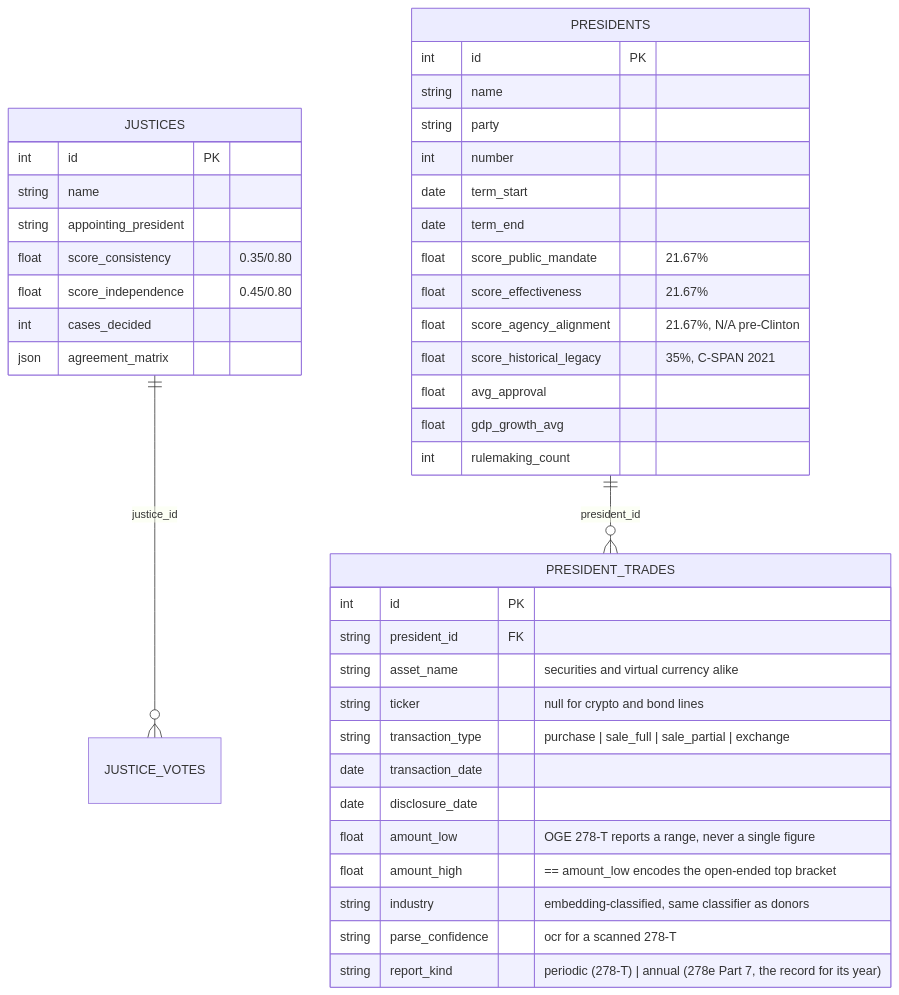
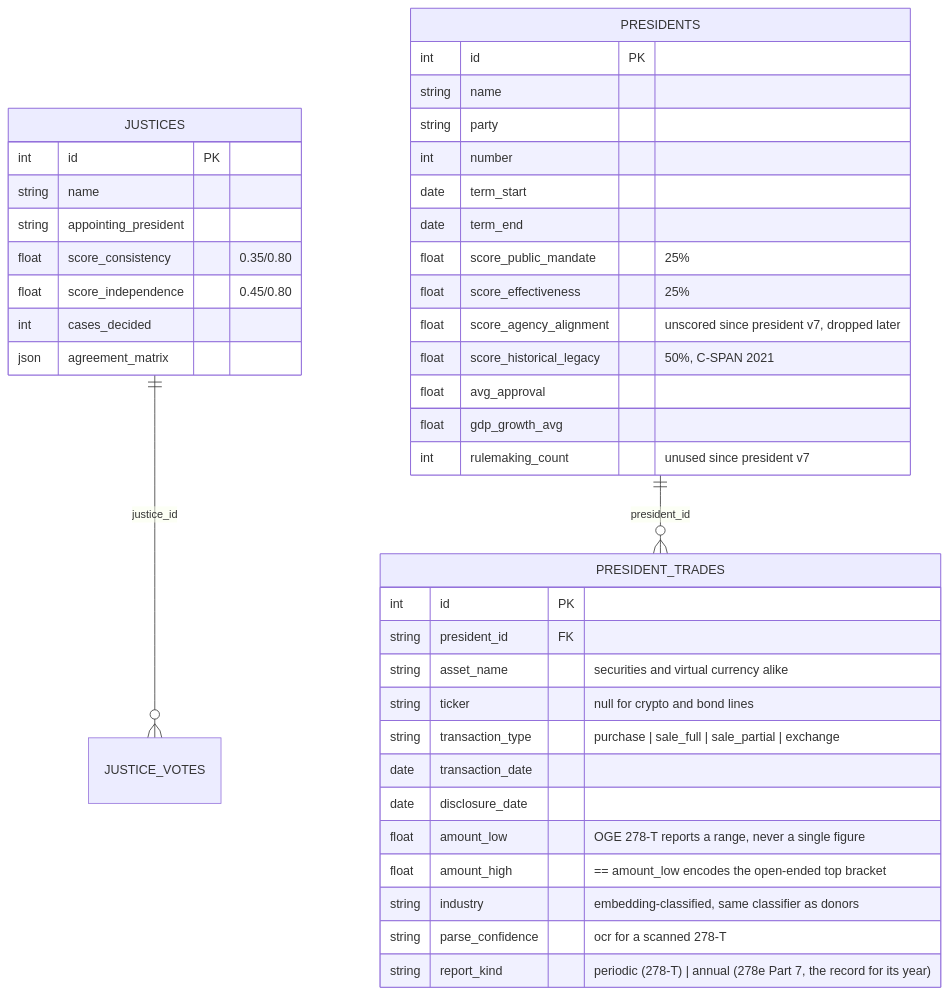
The second of 6 diagrams in docs/diagrams/07-data-model.md (kamoras/civitas), drawn with Mermaid before and after one commit. The commit also changed other lines of this file and 35 other files, not shown here.

First line of the commit message:
President v7: Historical Legacy 50%, Agency Alignment removed, a term cut short compared over its own days, actual weights shown

````diff
--- a/docs/diagrams/07-data-model.md
+++ b/docs/diagrams/07-data-model.md
@@ -80,46 +80,46 @@
 ```mermaid
 erDiagram
     JUSTICES ||--o{ JUSTICE_VOTES : "justice_id"
     PRESIDENTS ||--o{ PRESIDENT_TRADES : "president_id"
 
     PRESIDENTS {
         int id PK
         string name
         string party
         int number
         date term_start
         date term_end
-        float score_public_mandate "21.67%"
-        float score_effectiveness "21.67%"
-        float score_agency_alignment "21.67%, N/A pre-Clinton"
-        float score_historical_legacy "35%, C-SPAN 2021"
+        float score_public_mandate "25%"
+        float score_effectiveness "25%"
+        float score_agency_alignment "unscored since president v7, dropped later"
+        float score_historical_legacy "50%, C-SPAN 2021"
         float avg_approval
         float gdp_growth_avg
-        int rulemaking_count
+        int rulemaking_count "unused since president v7"
     }
 
     PRESIDENT_TRADES {
         int id PK
         string president_id FK
         string asset_name "securities and virtual currency alike"
         string ticker "null for crypto and bond lines"
         string transaction_type "purchase | sale_full | sale_partial | exchange"
         date transaction_date
         date disclosure_date
         float amount_low "OGE 278-T reports a range, never a single figure"
         float amount_high "== amount_low encodes the open-ended top bracket"
         string industry "embedding-classified, same classifier as donors"
         string parse_confidence "ocr for a scanned 278-T"
         string report_kind "periodic (278-T) | annual (278e Part 7, the record for its year)"
     }
 
     JUSTICES {
         int id PK
         string name
         string appointing_president
         float score_consistency "0.35/0.80"
         float score_independence "0.45/0.80"
         int cases_decided
         json agreement_matrix
     }
 ```
````
